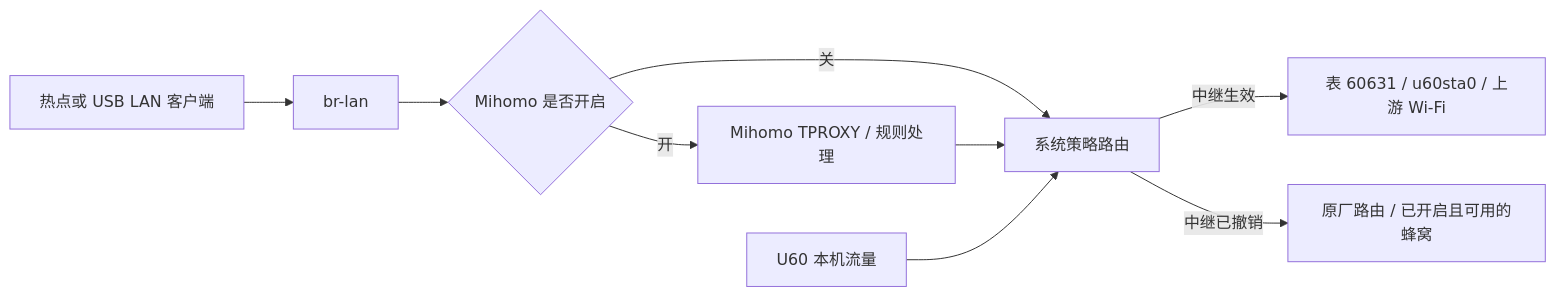
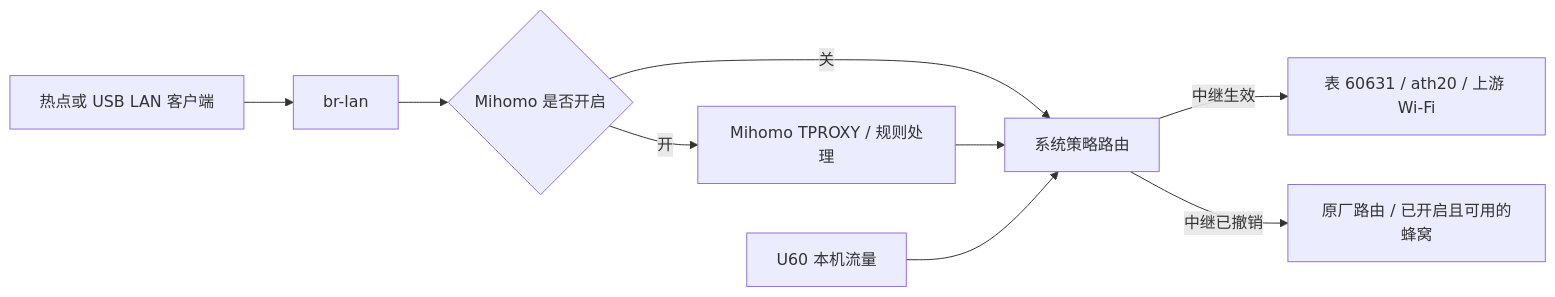
The diagram in zte-agent/docs/relay-lifecycle.md (Ryan-gsq/open-u60-pro), drawn with Mermaid before and after one commit. The commit also changed other lines of this file and 59 other files, not shown here.

````diff
--- a/zte-agent/docs/relay-lifecycle.md
+++ b/zte-agent/docs/relay-lifecycle.md
@@ -28,11 +29,11 @@
 ```mermaid
 flowchart LR
     Client[热点或 USB LAN 客户端] --> LAN[br-lan]
     LAN --> Choice{Mihomo 是否开启}
     Choice -->|关| Route[系统策略路由]
     Choice -->|开| Core[Mihomo TPROXY / 规则处理]
     Core --> Route
     Router[U60 本机流量] --> Route
-    Route -->|中继生效| Relay[表 60631 / u60sta0 / 上游 Wi-Fi]
+    Route -->|中继生效| Relay[表 60631 / ath20 / 上游 Wi-Fi]
     Route -->|中继已撤销| Vendor[原厂路由 / 已开启且可用的蜂窝]
 ```
````
